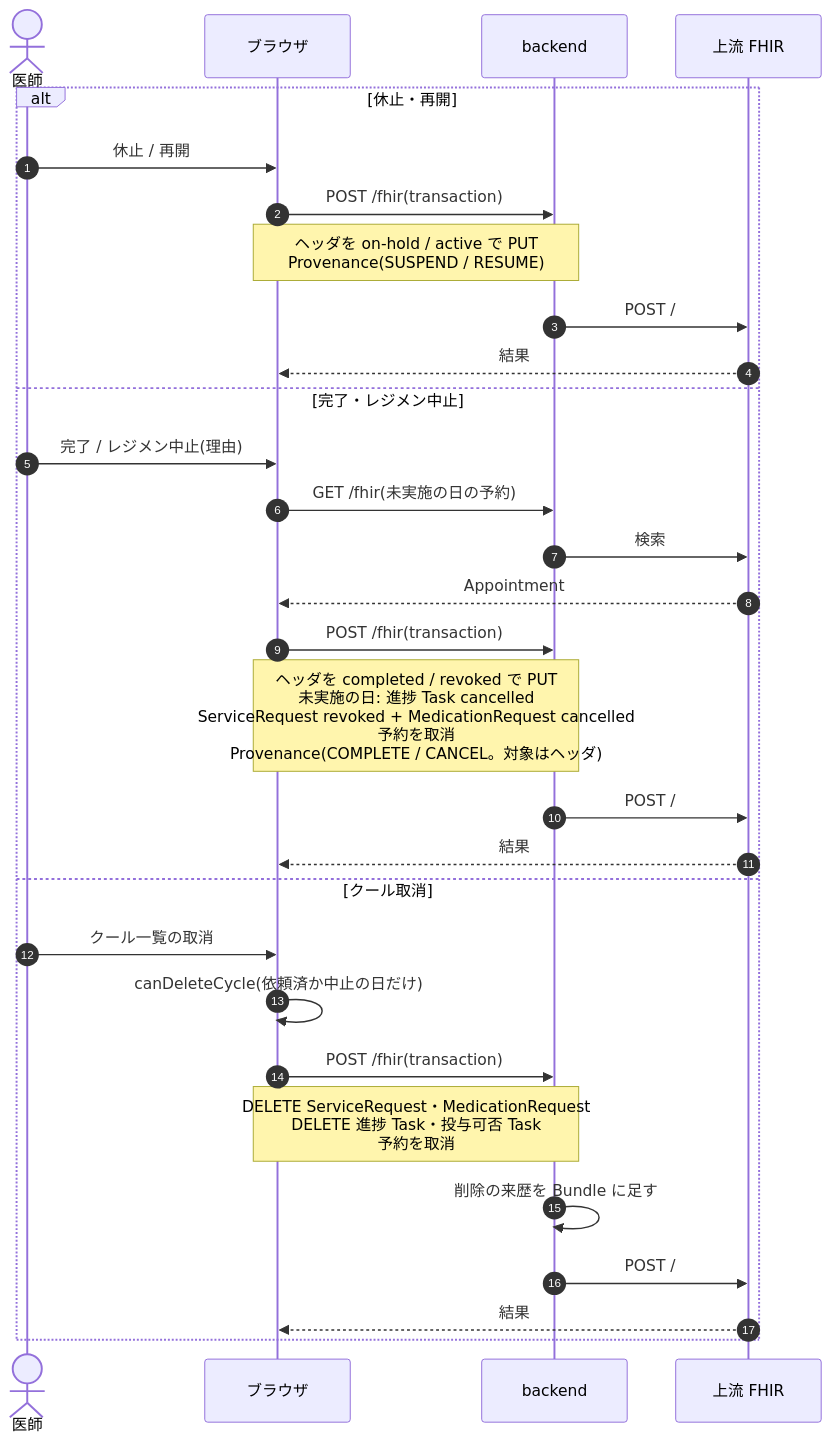
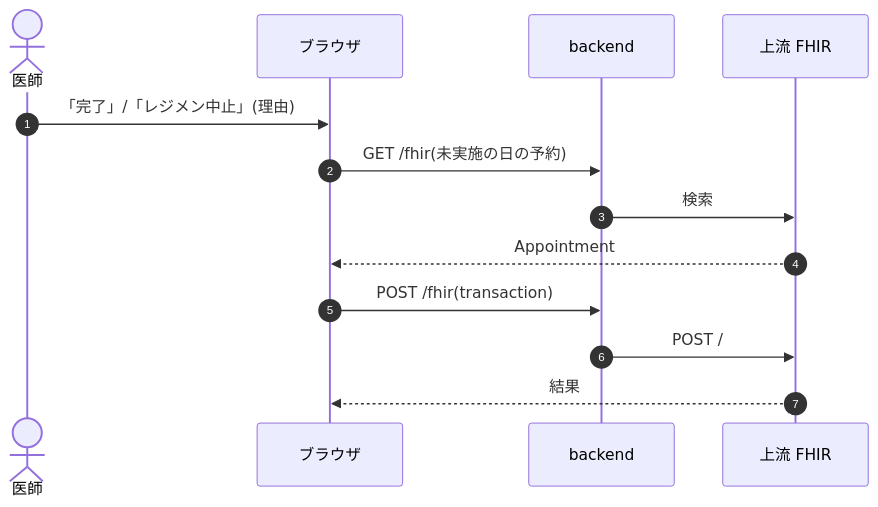
Before and after one commit to ysnr-dev/fhir-client-docs: the ninth of 10 diagrams in docs/dev/chemotherapy.md, drawn with Mermaid. The commit also changed other lines of this file and 43 other files, not shown here.

Commit message:
docs: 業務フローとシーケンス図を写し直し

````diff
--- a/docs/dev/chemotherapy.md
+++ b/docs/dev/chemotherapy.md
@@ -199,33 +335,16 @@
 ```mermaid
 sequenceDiagram
   autonumber
   actor Dr as 医師
   participant UI as ブラウザ
   participant BE as backend
   participant FHIR as 上流 FHIR
 
-  alt 休止・再開
-    Dr->>UI: 休止 / 再開
-    UI->>BE: POST /fhir(transaction)
-    Note over UI,BE: ヘッダを on-hold / active で PUT<br/>Provenance(SUSPEND / RESUME)
-    BE->>FHIR: POST /
-    FHIR-->>UI: 結果
-  else 完了・レジメン中止
-    Dr->>UI: 完了 / レジメン中止(理由)
-    UI->>BE: GET /fhir(未実施の日の予約)
-    BE->>FHIR: 検索
-    FHIR-->>UI: Appointment
-    UI->>BE: POST /fhir(transaction)
-    Note over UI,BE: ヘッダを completed / revoked で PUT<br/>未実施の日: 進捗 Task cancelled<br/>ServiceRequest revoked + MedicationRequest cancelled<br/>予約を取消<br/>Provenance(COMPLETE / CANCEL。対象はヘッダ)
-    BE->>FHIR: POST /
-    FHIR-->>UI: 結果
-  else クール取消
-    Dr->>UI: クール一覧の取消
-    UI->>UI: canDeleteCycle(依頼済か中止の日だけ)
-    UI->>BE: POST /fhir(transaction)
-    Note over UI,BE: DELETE ServiceRequest・MedicationRequest<br/>DELETE 進捗 Task・投与可否 Task<br/>予約を取消
-    BE->>BE: 削除の来歴を Bundle に足す
-    BE->>FHIR: POST /
-    FHIR-->>UI: 結果
-  end
+  Dr->>UI: 「完了」/「レジメン中止」(理由)
+  UI->>BE: GET /fhir(未実施の日の予約)
+  BE->>FHIR: 検索
+  FHIR-->>UI: Appointment
+  UI->>BE: POST /fhir(transaction)
+  BE->>FHIR: POST /
+  FHIR-->>UI: 結果
 ```
````
